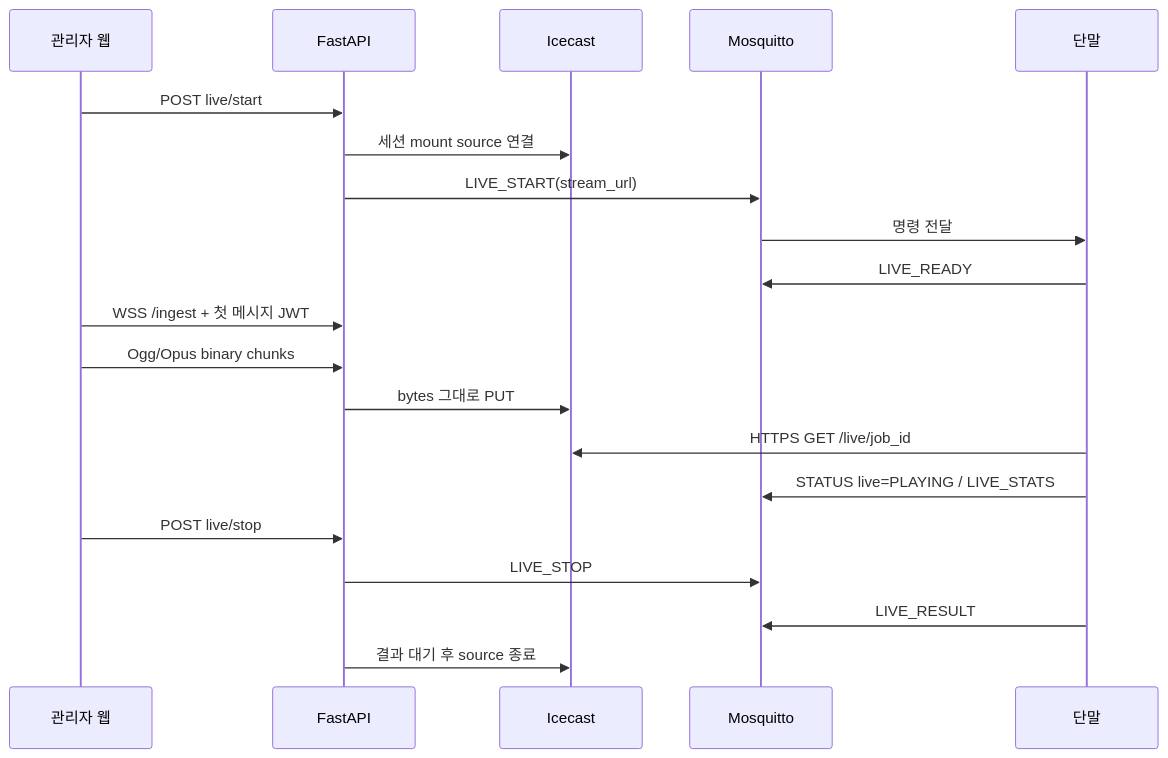
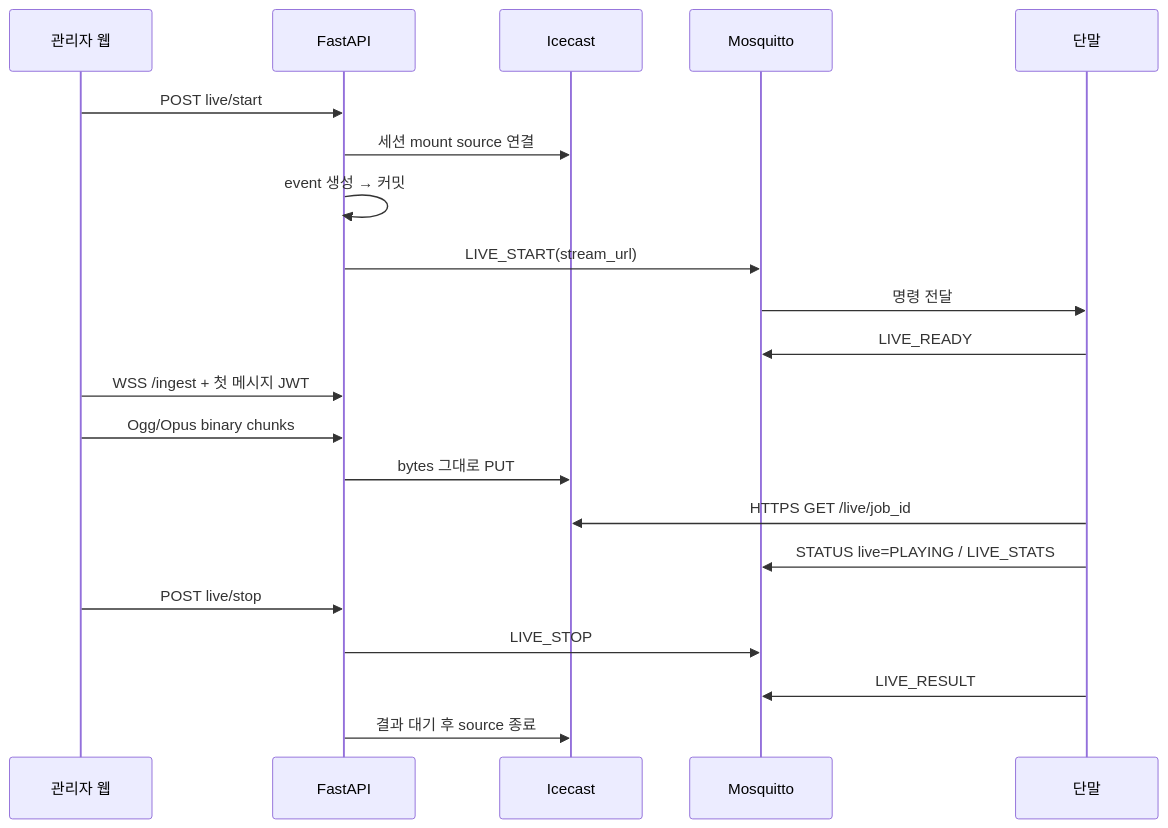
Before and after one commit to masterjms/hanna_aircast_platform: the fourth of 4 diagrams in docs/current/01_시스템_아키텍처.md, drawn with Mermaid. The commit also changed other lines of this file and 3 other files, not shown here.

````diff
--- a/docs/current/01_시스템_아키텍처.md
+++ b/docs/current/01_시스템_아키텍처.md
@@ -141,23 +141,24 @@
 ```mermaid
 sequenceDiagram
     participant UI as 관리자 웹
     participant B as FastAPI
     participant I as Icecast
     participant M as Mosquitto
     participant D as 단말
 
     UI->>B: POST live/start
     B->>I: 세션 mount source 연결
+    B->>B: event 생성 → 커밋
     B->>M: LIVE_START(stream_url)
     M->>D: 명령 전달
     D->>M: LIVE_READY
     UI->>B: WSS /ingest + 첫 메시지 JWT
     UI->>B: Ogg/Opus binary chunks
     B->>I: bytes 그대로 PUT
     D->>I: HTTPS GET /live/job_id
     D->>M: STATUS live=PLAYING / LIVE_STATS
     UI->>B: POST live/stop
     B->>M: LIVE_STOP
     D->>M: LIVE_RESULT
     B->>I: 결과 대기 후 source 종료
 ```
````
